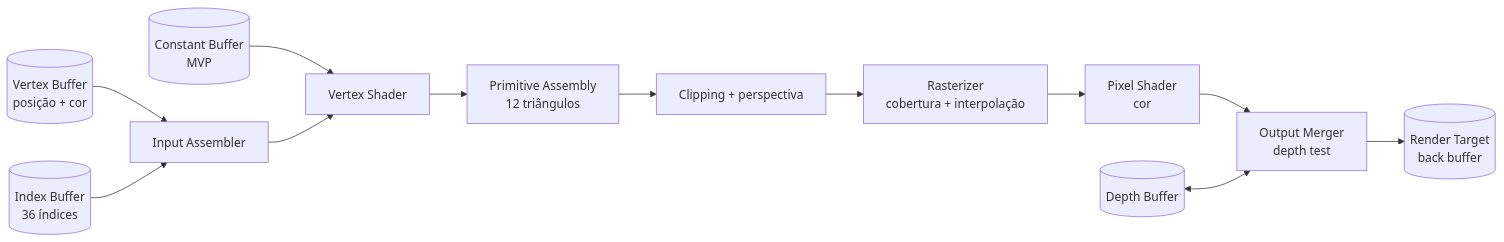
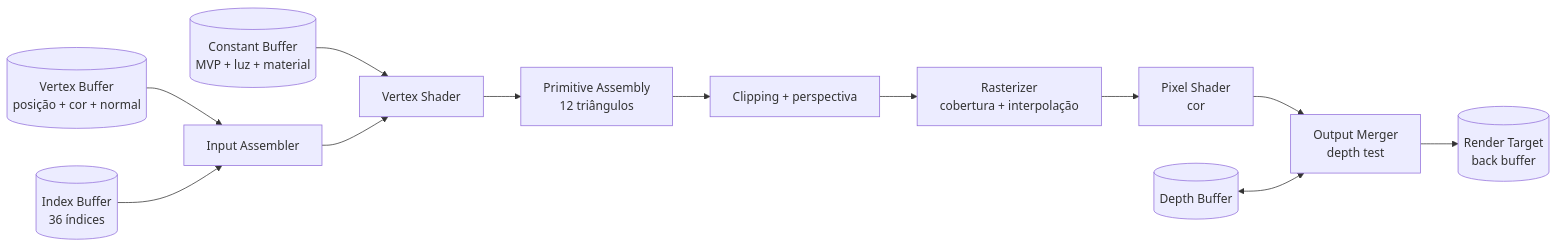
The third of 11 diagrams in docs/DIAGRAMAS.md (PedroRNogueira/directx12-interactive-cube), drawn with Mermaid before and after one commit. The commit also changed other lines of this file and 4 other files, not shown here.

````diff
--- a/docs/DIAGRAMAS.md
+++ b/docs/DIAGRAMAS.md
@@ -73,14 +73,14 @@
 ```mermaid
 flowchart LR
-    VB[(Vertex Buffer<br/>posição + cor)] --> IA[Input Assembler]
+    VB[(Vertex Buffer<br/>posição + cor + normal)] --> IA[Input Assembler]
     IB[(Index Buffer<br/>36 índices)] --> IA
-    CB[(Constant Buffer<br/>MVP)] --> VS[Vertex Shader]
+    CB[(Constant Buffer<br/>MVP + luz + material)] --> VS[Vertex Shader]
     IA --> VS
     VS --> PA[Primitive Assembly<br/>12 triângulos]
     PA --> CP[Clipping + perspectiva]
     CP --> RS[Rasterizer<br/>cobertura + interpolação]
     RS --> PS[Pixel Shader<br/>cor]
     PS --> OM[Output Merger<br/>depth test]
     DB[(Depth Buffer)] <--> OM
     OM --> RT[(Render Target<br/>back buffer)]
 ```
````
